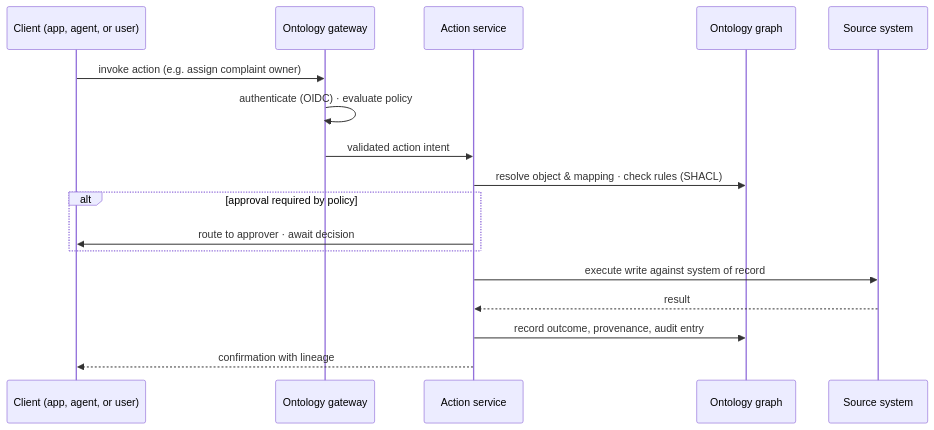
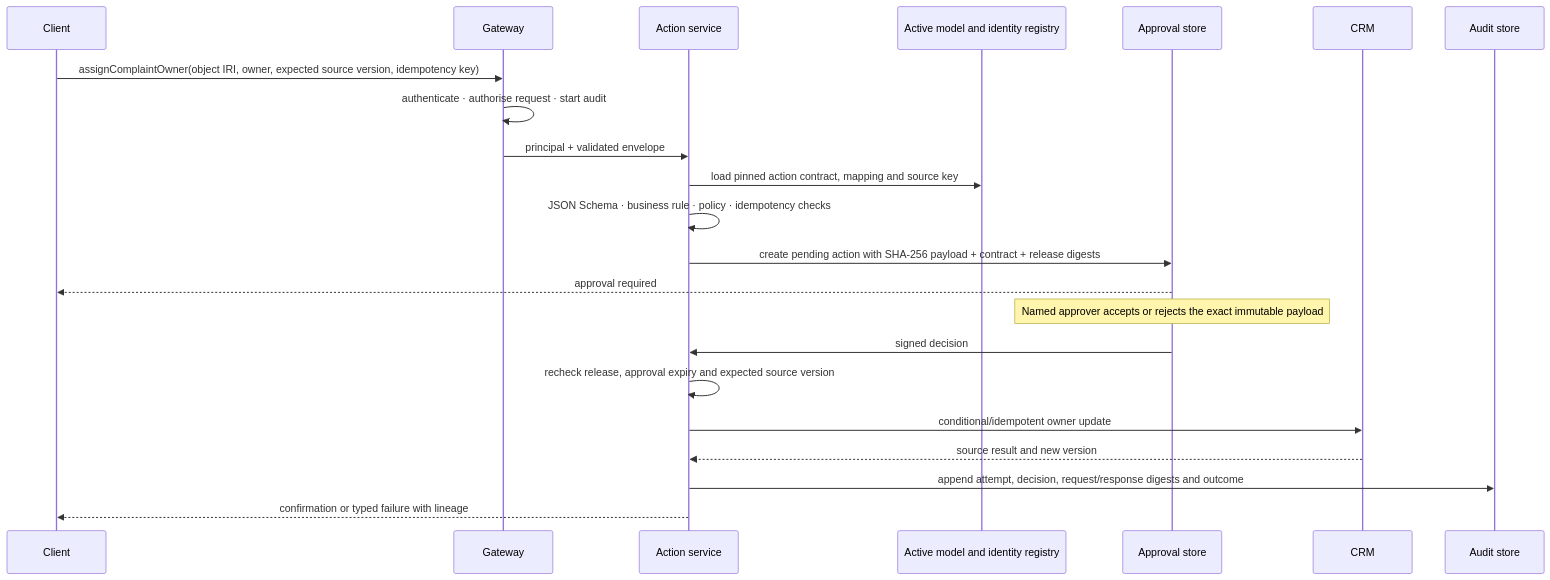
The second of 2 diagrams in docs/runtime-architecture.md (ontolox-ai/core), drawn with Mermaid before and after one commit. The commit also changed other lines of this file and 6 other files, not shown here.

````diff
--- a/docs/runtime-architecture.md
+++ b/docs/runtime-architecture.md
@@ -72,20 +181,25 @@
 ```mermaid
 sequenceDiagram
-    participant C as Client (app, agent, or user)
-    participant G as Ontology gateway
+    participant C as Client
+    participant G as Gateway
     participant A as Action service
-    participant O as Ontology graph
-    participant S as Source system
+    participant M as Active model and identity registry
+    participant P as Approval store
+    participant S as CRM
+    participant U as Audit store
 
-    C->>G: invoke action (e.g. assign complaint owner)
-    G->>G: authenticate (OIDC) · evaluate policy
-    G->>A: validated action intent
-    A->>O: resolve object & mapping · check rules (SHACL)
-    alt approval required by policy
-        A->>C: route to approver · await decision
-    end
-    A->>S: execute write against system of record
-    S-->>A: result
-    A->>O: record outcome, provenance, audit entry
-    A-->>C: confirmation with lineage
+    C->>G: assignComplaintOwner(object IRI, owner, expected source version, idempotency key)
+    G->>G: authenticate · authorise request · start audit
+    G->>A: principal + validated envelope
+    A->>M: load pinned action contract, mapping and source key
+    A->>A: JSON Schema · business rule · policy · idempotency checks
+    A->>P: create pending action with SHA-256 payload + contract + release digests
+    P-->>C: approval required
+    Note over P: Named approver accepts or rejects the exact immutable payload
+    P->>A: signed decision
+    A->>A: recheck release, approval expiry and expected source version
+    A->>S: conditional/idempotent owner update
+    S-->>A: source result and new version
+    A->>U: append attempt, decision, request/response digests and outcome
+    A-->>C: confirmation or typed failure with lineage
 ```
````
